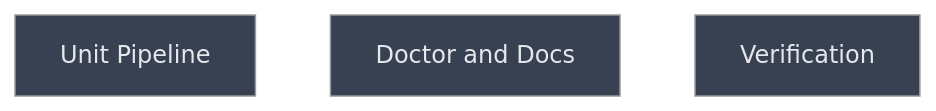
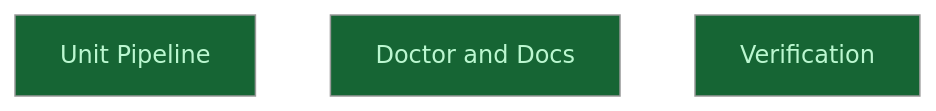
The diagram in __roadmap__/match_units/README.md (CrackingShells/colgrep-mcp), drawn with Mermaid (neutral theme) before and after one commit. The commit also changed other lines of this file and 4 other files, not shown here.

First line of the commit message:
chore(roadmap): close match_units with its gates and the step 5 skip

````diff
--- a/__roadmap__/match_units/README.md
+++ b/__roadmap__/match_units/README.md
@@ -25,11 +25,11 @@
 ```mermaid
 graph TD
-    unit_pipeline[Unit Pipeline]:::planned
-    doctor_and_docs[Doctor and Docs]:::planned
-    verify[Verification]:::planned
+    unit_pipeline[Unit Pipeline]:::done
+    doctor_and_docs[Doctor and Docs]:::done
+    verify[Verification]:::done
     classDef done       fill:#166534,color:#bbf7d0
     classDef inprogress fill:#854d0e,color:#fef08a
     classDef planned    fill:#374151,color:#e5e7eb
     classDef amendment  fill:#1e3a5f,color:#bfdbfe
     classDef blocked    fill:#7f1d1d,color:#fecaca
 ```
````
